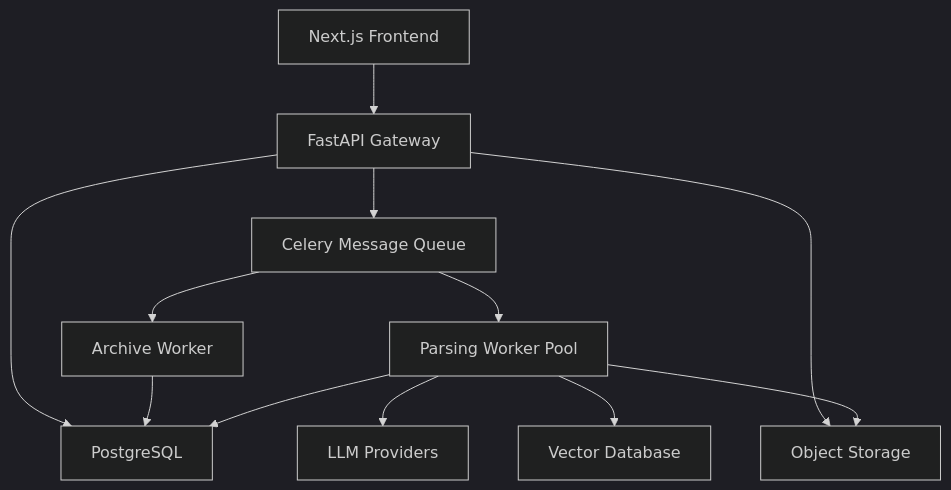
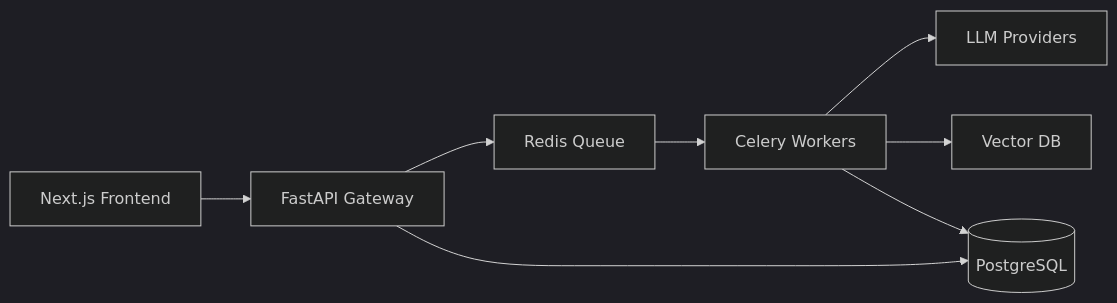
One commit to nociex/DIPC changed the diagram in README.md. Above: the diagram before and after it, drawn with Mermaid (dark theme). The commit also changed other lines of this file and 2 other files, not shown here.

````diff
--- a/README.md
+++ b/README.md
@@ -25,14 +59,10 @@
 ```mermaid
-graph TD
+graph LR
     A[Next.js Frontend] --> B[FastAPI Gateway]
-    B --> C[Celery Message Queue]
-    C --> D[Archive Worker]
-    C --> E[Parsing Worker Pool]
-    E --> F[LLM Providers]
-    E --> G[Vector Database]
-    B --> H[PostgreSQL]
-    D --> H
-    E --> H
-    B --> I[Object Storage]
-    E --> I
+    B --> C[Redis Queue]
+    C --> D[Celery Workers]
+    D --> E[LLM Providers]
+    D --> F[Vector DB]
+    B --> G[(PostgreSQL)]
+    D --> G
 ```
````
